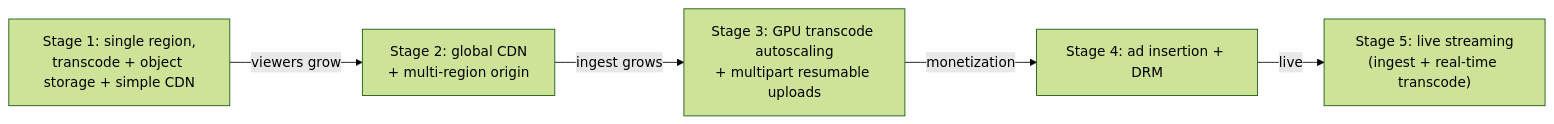
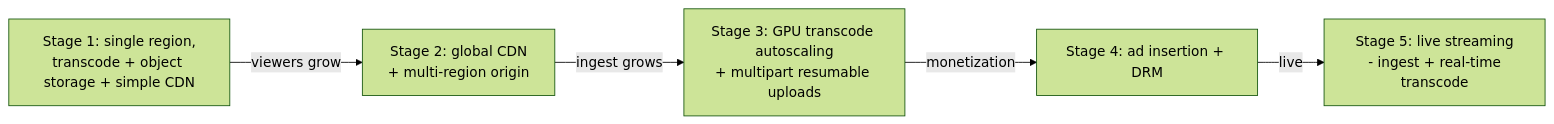
Before and after one commit to RIT-MESH/system-design-mastery: the fourth of 4 diagrams in case-studies/advanced/video-streaming.md, drawn with Mermaid (forest theme). The commit also changed other lines of this file and 139 other files, not shown here.

First line of the commit message:
Fix Mermaid parse errors: replace parentheses in node labels across 140 files

````diff
--- a/case-studies/advanced/video-streaming.md
+++ b/case-studies/advanced/video-streaming.md
@@ -233,9 +233,9 @@
 ```mermaid
 %% created-for: system-design-mastery
 flowchart LR
   S1["Stage 1: single region,<br/>transcode + object storage + simple CDN"]
   S1 -->|"viewers grow"| S2["Stage 2: global CDN<br/>+ multi-region origin"]
   S2 -->|"ingest grows"| S3["Stage 3: GPU transcode autoscaling<br/>+ multipart resumable uploads"]
   S3 -->|"monetization"| S4["Stage 4: ad insertion + DRM"]
-  S4 -->|"live"| S5["Stage 5: live streaming<br/>(ingest + real-time transcode)"]
+  S4 -->|"live"| S5["Stage 5: live streaming<br/> - ingest + real-time transcode"]
 ```
````
